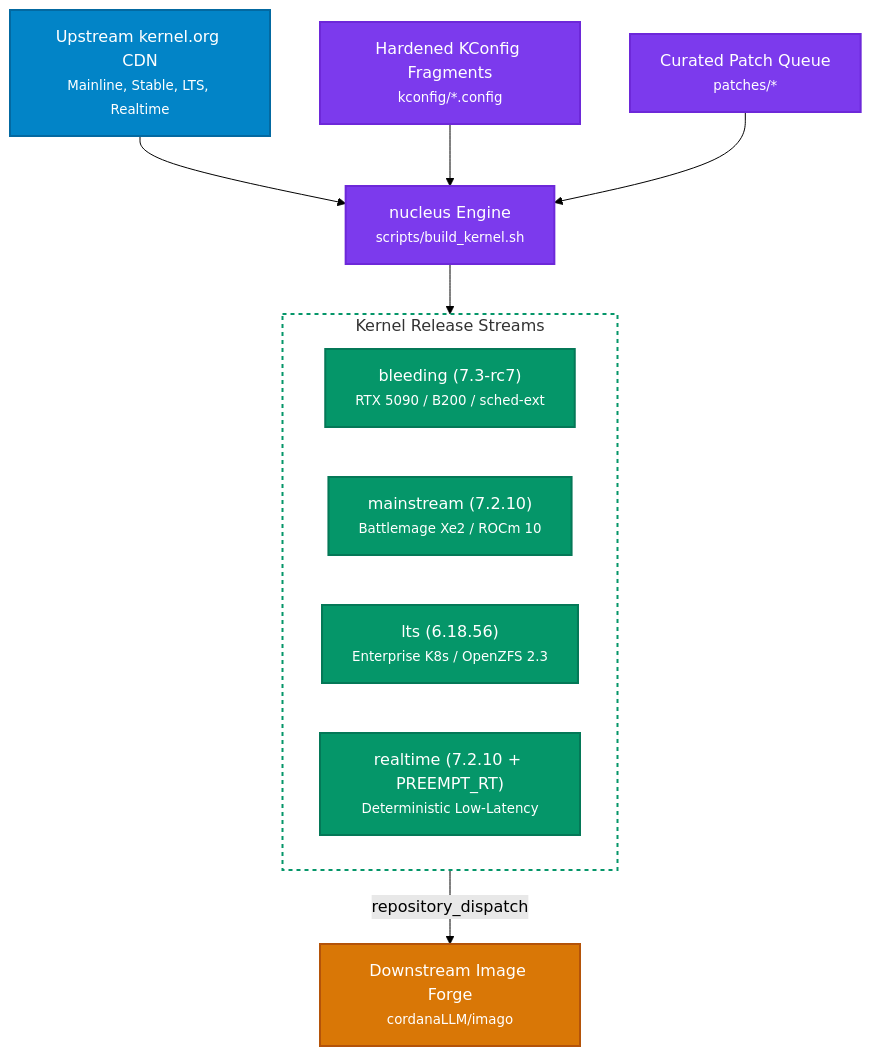
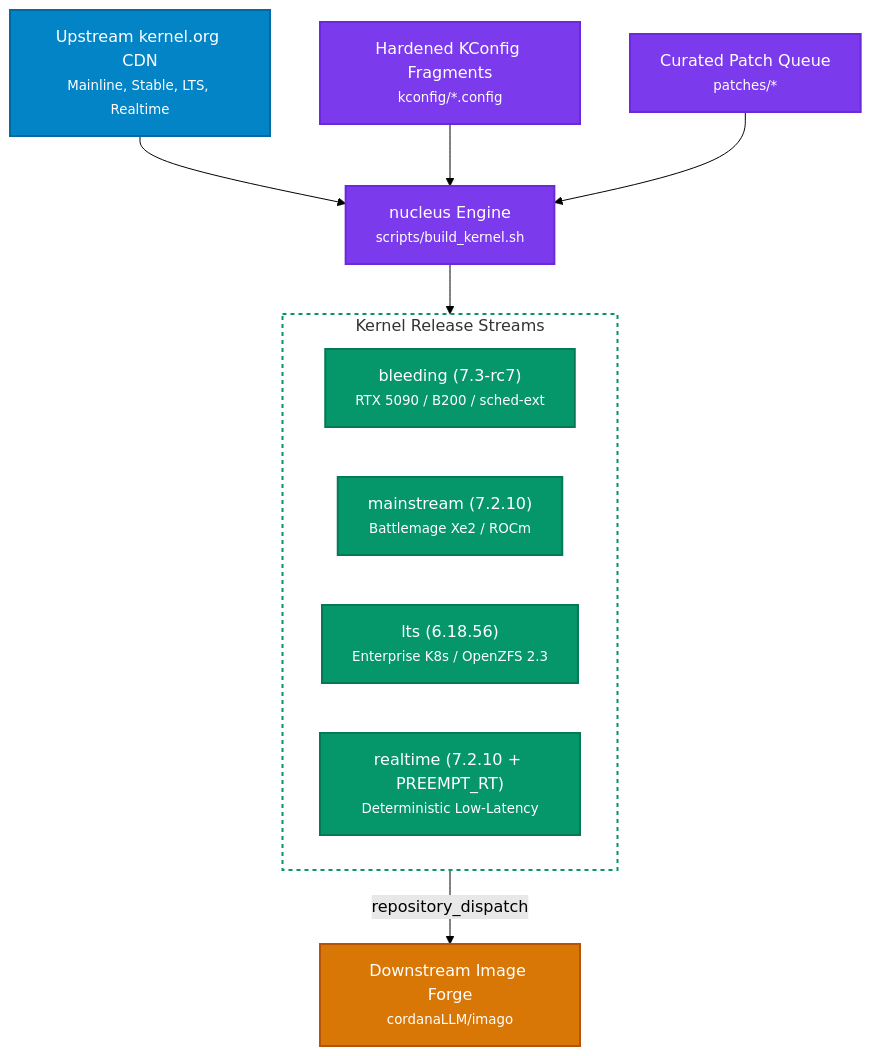
One commit to cordanaLLM/nucleus changed the diagram in README.md. Above: the diagram before and after it, drawn with Mermaid (forest theme). The commit also changed other lines of this file and 22 other files, not shown here.

````diff
--- a/README.md
+++ b/README.md
@@ -48,29 +48,29 @@
 ```mermaid
 flowchart TD
     classDef upstream fill:#0284c7,stroke:#0369a1,stroke-width:2px,color:#ffffff
     classDef engine fill:#7c3aed,stroke:#6d28d9,stroke-width:2px,color:#ffffff
     classDef stream fill:#059669,stroke:#047857,stroke-width:2px,color:#ffffff
     classDef dest fill:#d97706,stroke:#b45309,stroke-width:2px,color:#ffffff
 
     Upstream["Upstream kernel.org CDN<br/><small>Mainline, Stable, LTS, Realtime</small>"]:::upstream
     Forge["nucleus Engine<br/><small>scripts/build_kernel.sh</small>"]:::engine
     KConfig["Hardened KConfig Fragments<br/><small>kconfig/*.config</small>"]:::engine
     Patches["Curated Patch Queue<br/><small>patches/*</small>"]:::engine
 
     subgraph Streams["Kernel Release Streams"]
         Bleeding["bleeding (7.3-rc7)<br/><small>RTX 5090 / B200 / sched-ext</small>"]:::stream
-        Mainstream["mainstream (7.2.10)<br/><small>Battlemage Xe2 / ROCm 10</small>"]:::stream
+        Mainstream["mainstream (7.2.10)<br/><small>Battlemage Xe2 / ROCm</small>"]:::stream
         LTS["lts (6.18.56)<br/><small>Enterprise K8s / OpenZFS 2.3</small>"]:::stream
         RT["realtime (7.2.10 + PREEMPT_RT)<br/><small>Deterministic Low-Latency</small>"]:::stream
     end
 
     Downstream["Downstream Image Forge<br/><small>cordanaLLM/imago</small>"]:::dest
 
     Upstream --> Forge
     KConfig --> Forge
     Patches --> Forge
     Forge --> Streams
     Streams -->|"repository_dispatch"| Downstream
 
     style Streams fill:none,stroke:#059669,stroke-width:2px,stroke-dasharray: 4 4
 ```
````
